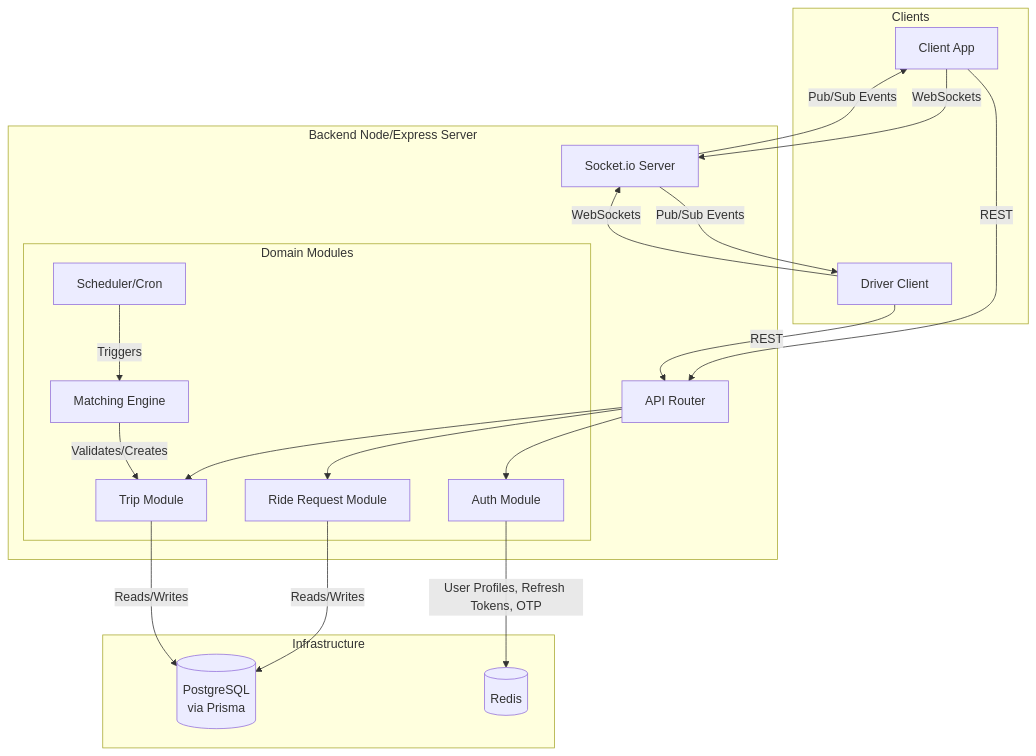
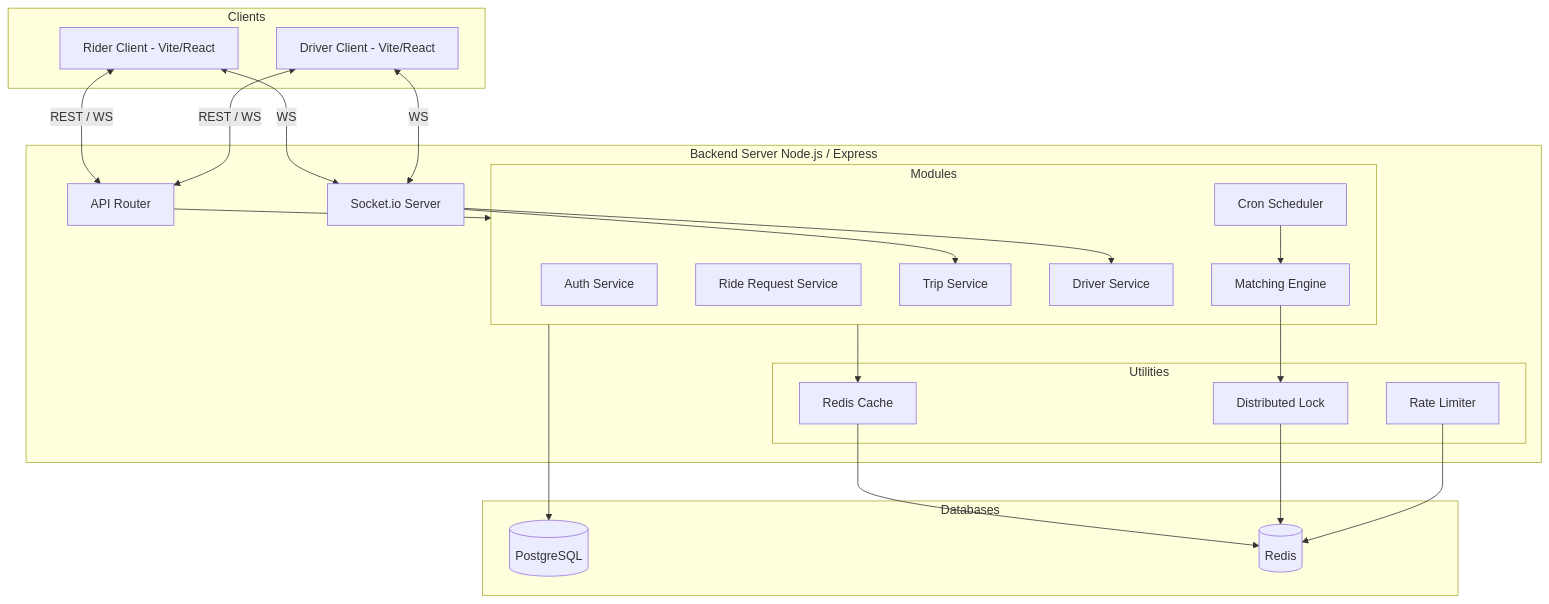
One commit to manav-bhullar/car-pooling changed the diagram in README.md. Above: the diagram before and after it, drawn with Mermaid. The commit also changed other lines of this file and 1 other file, not shown here.

Commit message:
docs: update README documentation to reflect architecture changes, improved concurrency controls, and new project branding

````diff
--- a/README.md
+++ b/README.md
@@ -10,44 +10,49 @@
 ```mermaid
 graph TD
     subgraph Clients
-        C[Client App]
-        D[Driver Client]
+        RiderApp[Rider Client - Vite/React]
+        DriverApp[Driver Client - Vite/React]
     end
 
-    subgraph Backend Node/Express Server
+    subgraph Backend Server Node.js / Express
         API[API Router]
+        Socket[Socket.io Server]
         
-        subgraph Domain Modules
-            Auth[Auth Module]
-            Match[Matching Engine]
-            RideReq[Ride Request Module]
-            Trip[Trip Module]
-            Sched[Scheduler/Cron]
+        subgraph Modules
+            Auth[Auth Service]
+            RideReq[Ride Request Service]
+            Trip[Trip Service]
+            Driver[Driver Service]
+            Matching[Matching Engine]
+            Scheduler[Cron Scheduler]
         end
         
-        WS[Socket.io Server]
+        subgraph Utilities
+            Cache[Redis Cache]
+            Lock[Distributed Lock]
+            RateLimiter[Rate Limiter]
+        end
     end
 
-    subgraph Infrastructure
-        DB[(PostgreSQL\nvia Prisma)]
-        Cache[(Redis)]
+    subgraph Databases
+        Postgres[(PostgreSQL)]
+        Redis[(Redis)]
     end
 
-    C -->|REST| API
-    C -->|WebSockets| WS
-    D -->|REST| API
-    D -->|WebSockets| WS
-
-    API --> Auth
-    API --> RideReq
-    API --> Trip
+    RiderApp <--> |REST / WS| API
+    DriverApp <--> |REST / WS| API
+    RiderApp <--> |WS| Socket
+    DriverApp <--> |WS| Socket
     
-    Sched -->|Triggers| Match
-    Match -->|Validates/Creates| Trip
+    API --> Modules
+    Socket --> Trip
+    Socket --> Driver
+    Scheduler --> Matching
     
-    Auth -->|User Profiles, Refresh Tokens, OTP| Cache
-    Trip -->|Reads/Writes| DB
-    RideReq -->|Reads/Writes| DB
-    WS -->|Pub/Sub Events| C
-    WS -->|Pub/Sub Events| D
+    Modules --> Cache
+    Modules --> Postgres
+    Matching --> Lock
+    Cache --> Redis
+    Lock --> Redis
+    RateLimiter --> Redis
 ```
````
